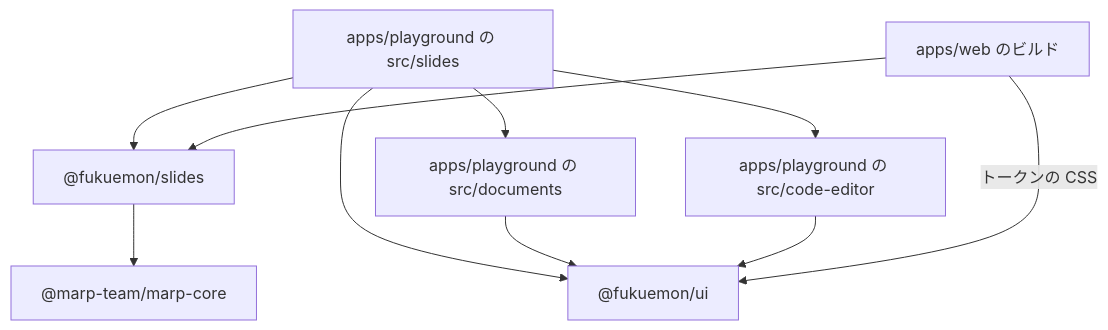
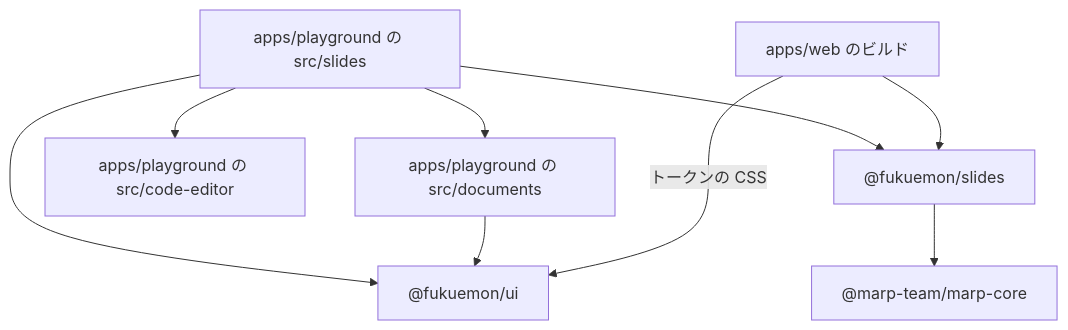
Before and after one commit to Fukuemon/fukuemon.dev: the first of 4 diagrams in docs/design/features/slides/DesignDoc.md, drawn with Mermaid. The commit also changed other lines of this file and 1 other file, not shown here.

Commit message:
docs(design): code-editor の役割と Node のページの Context を実装に合わせる #95

````diff
--- a/docs/design/features/slides/DesignDoc.md
+++ b/docs/design/features/slides/DesignDoc.md
@@ -88,20 +88,19 @@
 ```mermaid
 flowchart TB
   page["apps/playground の src/slides"]
   documents["apps/playground の src/documents"]
   editor["apps/playground の src/code-editor"]
   web["apps/web のビルド"]
   slides["@fukuemon/slides"]
   ui["@fukuemon/ui"]
   marp["@marp-team/marp-core"]
 
   page --> slides
   page --> documents
   page --> editor
   page --> ui
   documents --> ui
-  editor --> ui
   web --> slides
   web -->|トークンの CSS| ui
   slides --> marp
 ```
````
